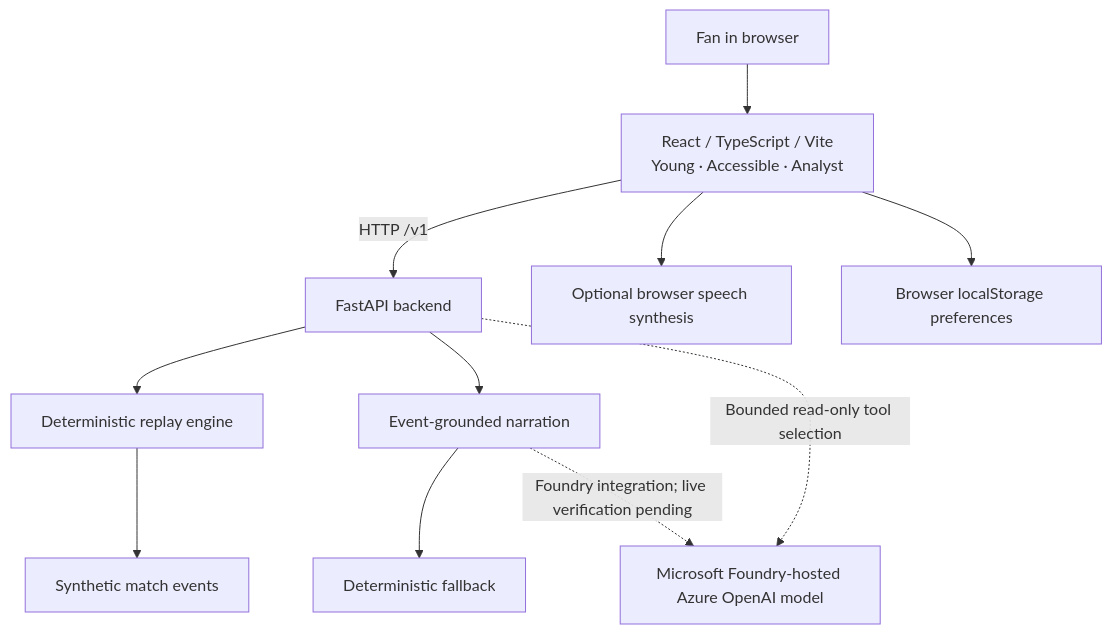
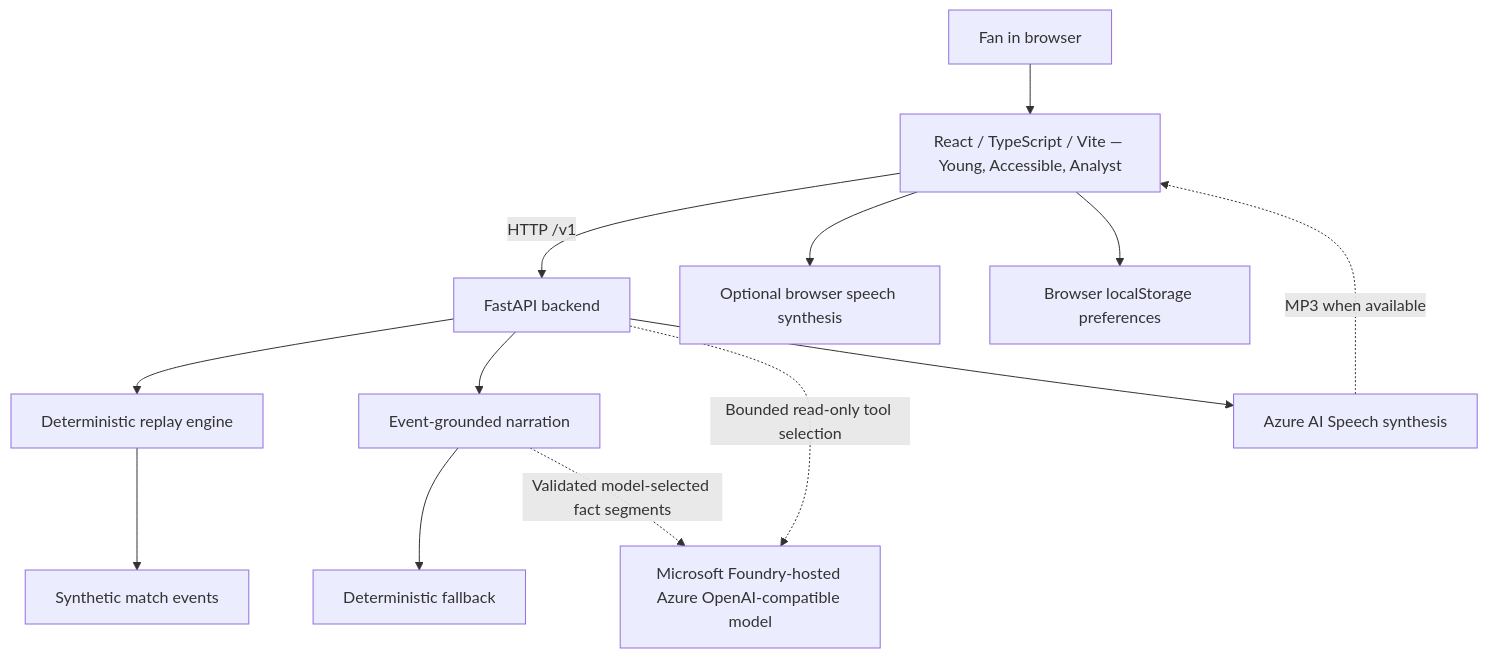
Before and after one commit to Hapinam/vybe-ai: the diagram in README.md, drawn with Mermaid. The commit also changed other lines of this file and 25 other files, not shown here.

````diff
--- a/README.md
+++ b/README.md
@@ -54,13 +54,15 @@
 ```mermaid
 flowchart TD
-    FAN["Fan in browser"] --> WEB["React / TypeScript / Vite\nYoung · Accessible · Analyst"]
+    FAN["Fan in browser"] --> WEB["React / TypeScript / Vite — Young, Accessible, Analyst"]
     WEB -->|"HTTP /v1"| API["FastAPI backend"]
     WEB --> SPEECH["Optional browser speech synthesis"]
     WEB --> PREFS["Browser localStorage preferences"]
     API --> ENGINE["Deterministic replay engine"]
     ENGINE --> EVENTS["Synthetic match events"]
     API --> NARR["Event-grounded narration"]
     NARR --> FALLBACK["Deterministic fallback"]
-    NARR -. "Foundry integration; live verification pending" .-> AZURE["Microsoft Foundry-hosted Azure OpenAI model"]
+    NARR -. "Validated model-selected fact segments" .-> AZURE["Microsoft Foundry-hosted Azure OpenAI-compatible model"]
     API -. "Bounded read-only tool selection" .-> AZURE
+    API --> TTS["Azure AI Speech synthesis"]
+    TTS -. "MP3 when available" .-> WEB
 ```
````
